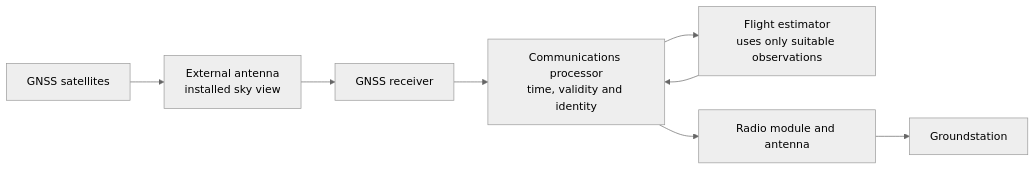
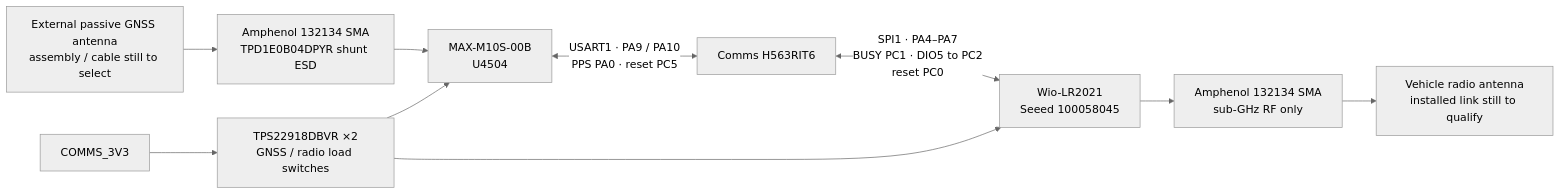
The diagram in docs/architecture/06-gnss-radio.md (ULAS-HiPR/Ogma2), drawn with Mermaid (neutral theme) before and after one commit. The commit also changed other lines of this file and 19 other files, not shown here.

Commit message:
Make architecture review concrete and link supporting justification

````diff
--- a/docs/architecture/06-gnss-radio.md
+++ b/docs/architecture/06-gnss-radio.md
@@ -20,10 +13,22 @@
 ```mermaid
 flowchart LR
-  Sky["GNSS satellites"] --> Ant["External antenna<br/>installed sky view"]
-  Ant --> RX["GNSS receiver"]
-  RX --> C["Communications processor<br/>time, validity and identity"]
-  C --> F["Flight estimator<br/>uses only suitable observations"]
-  F --> C
-  C --> Radio["Radio module and antenna"]
-  Radio --> Ground["Groundstation"]
+  GA["External passive GNSS antenna
+assembly / cable still to select"] --> GS["Amphenol 132134 SMA
+TPD1E0B04DPYR shunt ESD"]
+  GS --> G["MAX-M10S-00B
+U4504"]
+  G <-->|"USART1 · PA9 / PA10
+PPS PA0 · reset PC5"| C["Comms H563RIT6"]
+  C <-->|"SPI1 · PA4–PA7
+BUSY PC1 · DIO5 to PC2
+reset PC0"| R["Wio-LR2021
+Seeed 100058045"]
+  R --> S["Amphenol 132134 SMA
+sub-GHz RF only"]
+  S --> RA["Vehicle radio antenna
+installed link still to qualify"]
+  P["COMMS_3V3"] --> SW["TPS22918DBVR ×2
+GNSS / radio load switches"]
+  SW --> G
+  SW --> R
 ```
````
